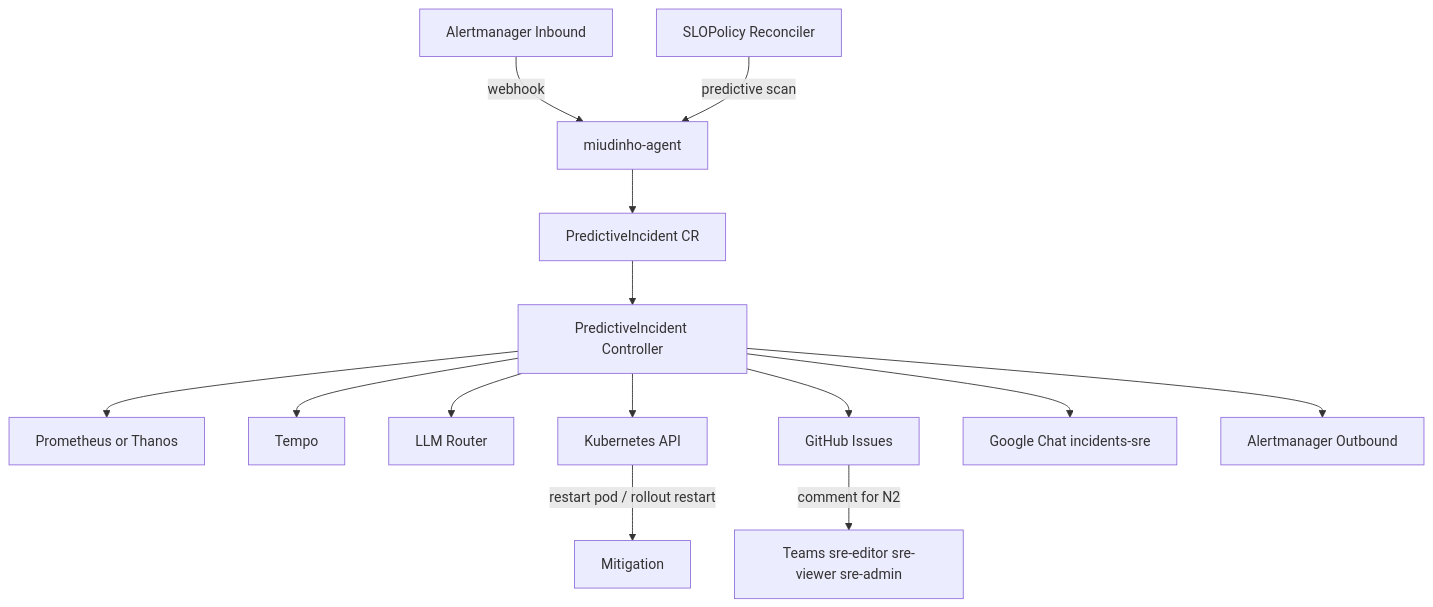
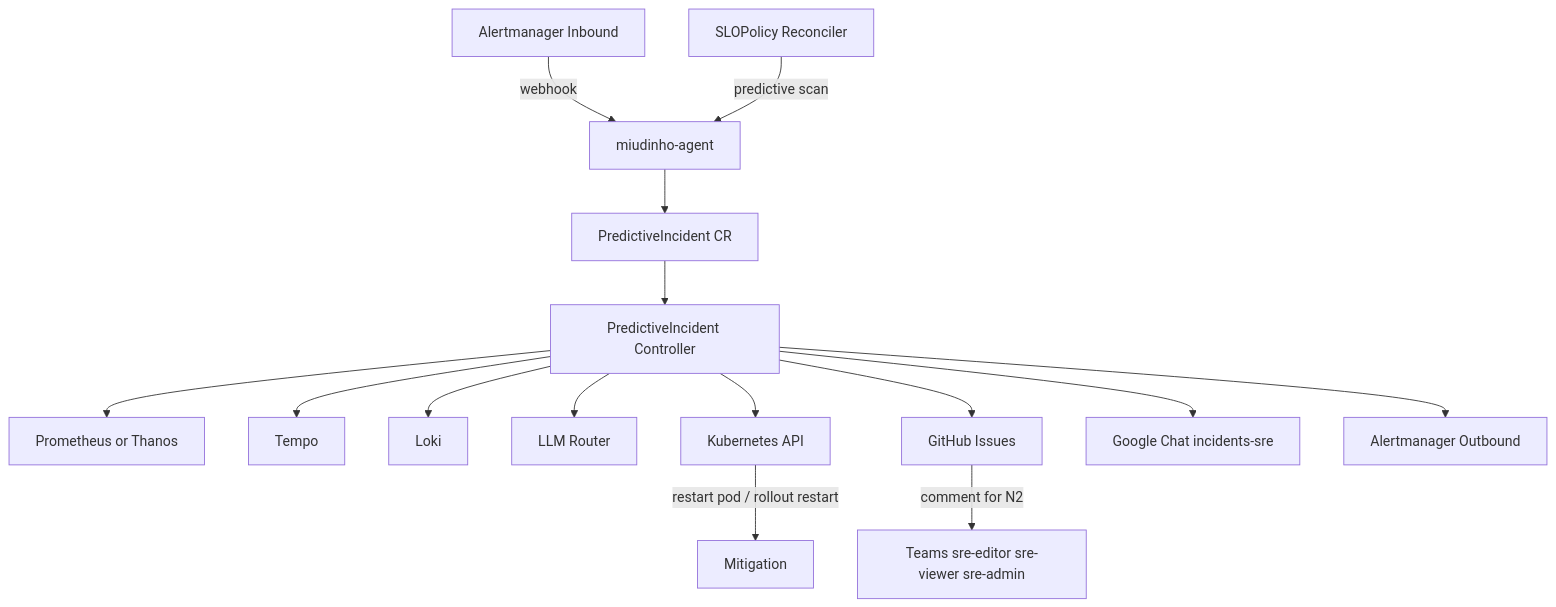
The diagram in README.md (wellbastos/miudinho-agent), drawn with Mermaid before and after one commit. The commit also changed other lines of this file and 19 other files, not shown here.

````diff
--- a/README.md
+++ b/README.md
@@ -50,20 +53,21 @@
 ```mermaid
 flowchart TD
     AMIN[Alertmanager Inbound] -->|webhook| OP[miudinho-agent]
     SLO[SLOPolicy Reconciler] -->|predictive scan| OP
 
     OP --> PI[PredictiveIncident CR]
     PI --> PIC[PredictiveIncident Controller]
 
     PIC --> PROM[Prometheus or Thanos]
     PIC --> TEMPO[Tempo]
+    PIC --> LOKI[Loki]
     PIC --> LLM[LLM Router]
     PIC --> K8S[Kubernetes API]
 
     PIC --> GH[GitHub Issues]
     PIC --> CHAT[Google Chat incidents-sre]
     PIC --> AMOUT[Alertmanager Outbound]
 
     K8S -->|restart pod / rollout restart| ACT[Mitigation]
     GH -->|comment for N2| N2[Teams sre-editor sre-viewer sre-admin]
 ```
````
